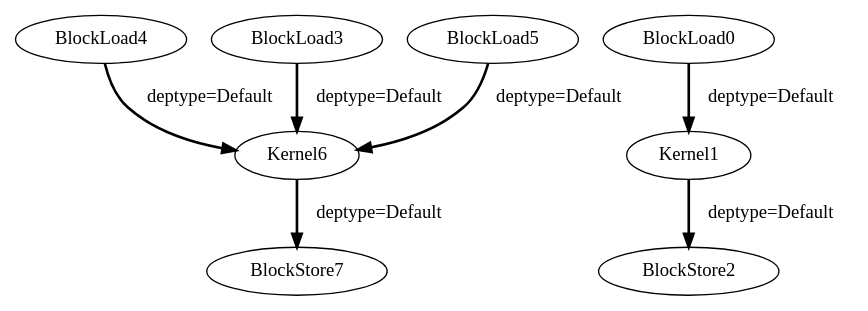
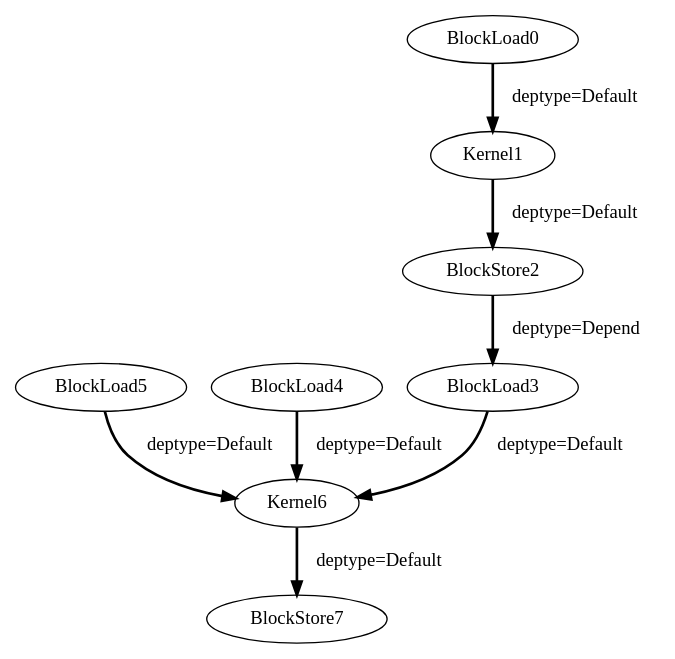
Before and after one commit to MIONkb/adora-compiler: the diagram in experiment/Cbenchmarks/Polybench/linear-algebra/blas/gemm/IR/tempfiles/Block_0_TaskGraph.dot, drawn with Graphviz. The commit also changed 20 other files, not shown here.

Commit message:
store-load simplify is completed. needs fix in mapping

```diff
--- a/experiment/Cbenchmarks/Polybench/linear-algebra/blas/gemm/IR/tempfiles/Block_0_TaskGraph.dot
+++ b/experiment/Cbenchmarks/Polybench/linear-algebra/blas/gemm/IR/tempfiles/Block_0_TaskGraph.dot
@@ -1,16 +1,17 @@
 Digraph G {
+BlockStore7[type = "BlockStoreNode", KernelName = "kernel_gemm_1"];
+BlockLoad5[type = "BlockLoadNode", KernelName = "kernel_gemm_1"];
 BlockLoad4[type = "BlockLoadNode", KernelName = "kernel_gemm_1"];
-BlockStore7[type = "BlockStoreNode", KernelName = "kernel_gemm_1"];
 BlockLoad3[type = "BlockLoadNode", KernelName = "kernel_gemm_1"];
+BlockStore2[type = "BlockStoreNode", KernelName = "kernel_gemm_0"];
 Kernel6[type = "KernelNode", KernelName = "kernel_gemm_1"];
 Kernel1[type = "KernelNode", KernelName = "kernel_gemm_0"];
-BlockLoad5[type = "BlockLoadNode", KernelName = "kernel_gemm_1"];
-BlockStore2[type = "BlockStoreNode", KernelName = "kernel_gemm_0"];
 BlockLoad0[type = "BlockLoadNode", KernelName = "kernel_gemm_0"];
+BlockLoad0 -> Kernel1[color = black, style = bold, deptype = Default, label = "deptype=Default"];
+Kernel1 -> BlockStore2[color = black, style = bold, deptype = Default, label = "deptype=Default"];
+BlockStore2 -> BlockLoad3[color = black, style = bold, deptype = Depend, label = "deptype=Depend"];
+BlockLoad3 -> Kernel6[color = black, style = bold, deptype = Default, label = "deptype=Default"];
+BlockLoad4 -> Kernel6[color = black, style = bold, deptype = Default, label = "deptype=Default"];
 BlockLoad5 -> Kernel6[color = black, style = bold, deptype = Default, label = "deptype=Default"];
 Kernel6 -> BlockStore7[color = black, style = bold, deptype = Default, label = "deptype=Default"];
-BlockLoad4 -> Kernel6[color = black, style = bold, deptype = Default, label = "deptype=Default"];
-BlockLoad3 -> Kernel6[color = black, style = bold, deptype = Default, label = "deptype=Default"];
-BlockLoad0 -> Kernel1[color = black, style = bold, deptype = Default, label = "deptype=Default"];
-Kernel1 -> BlockStore2[color = black, style = bold, deptype = Default, label = "deptype=Default"];
 }
```
